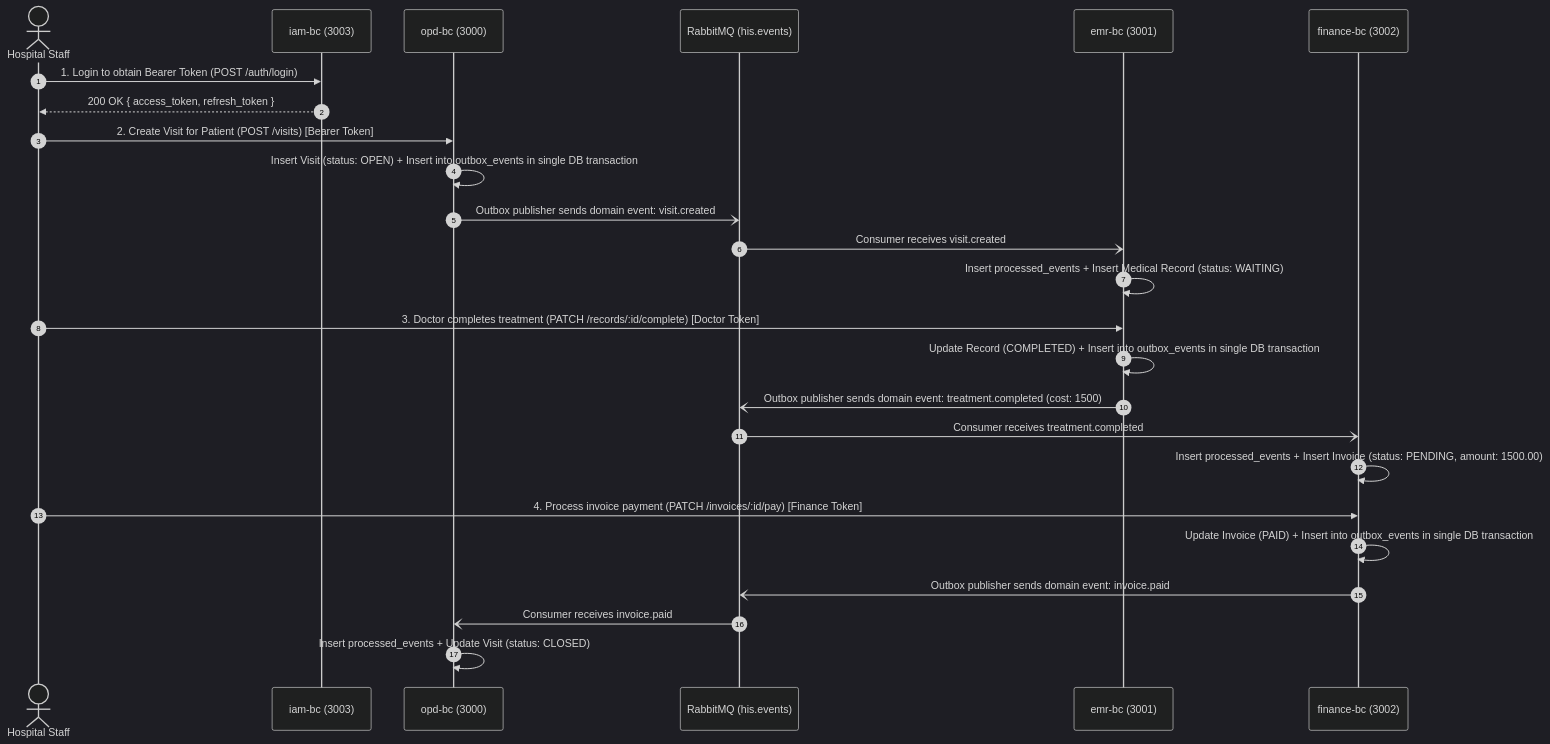
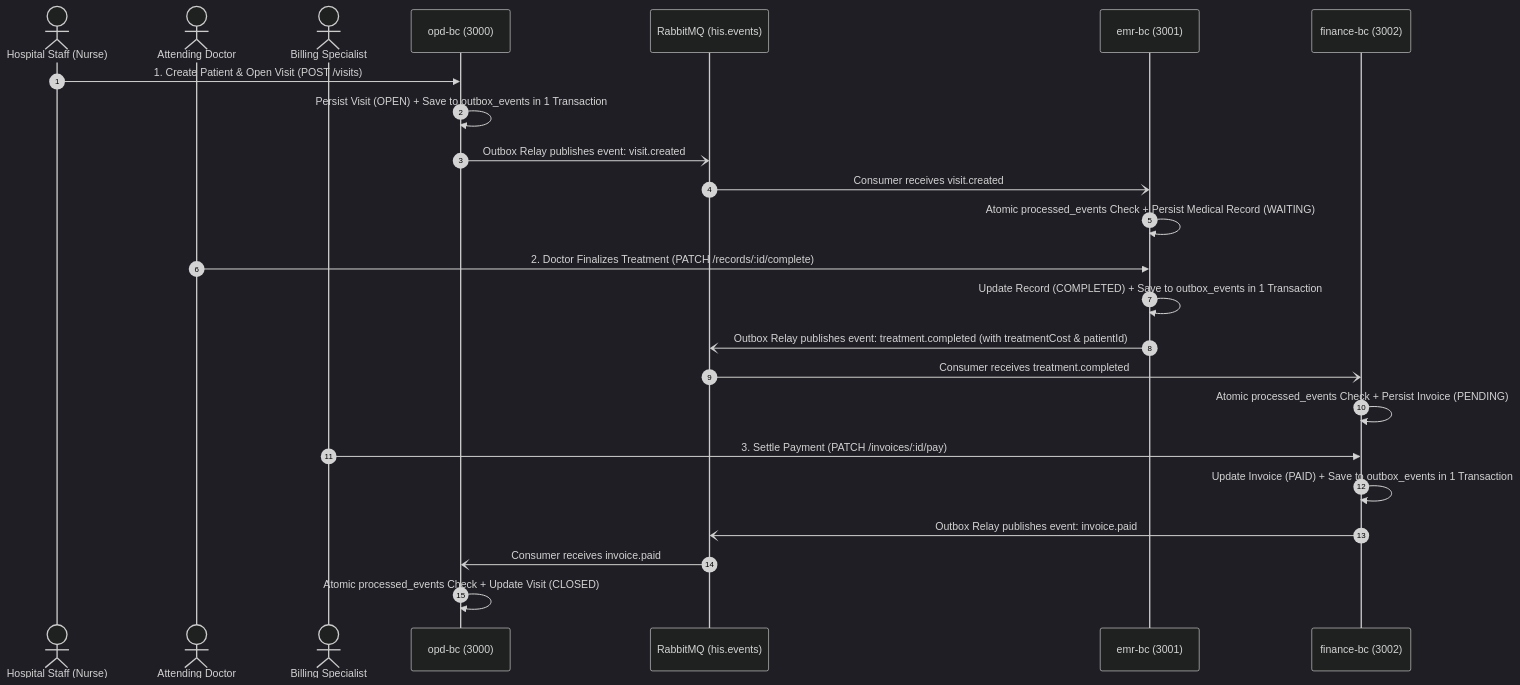
The first of 2 diagrams in README.md (faryporza/his-microservices-assignment), drawn with Mermaid (dark theme) before and after one commit. The commit also changed other lines of this file and 1 other file, not shown here.

Commit message:
docs: refresh README.md and postman collection with verified test gates and user role management

````diff
--- a/README.md
+++ b/README.md
@@ -42,31 +70,29 @@
 ```mermaid
 sequenceDiagram
     autonumber
-    actor Staff as Hospital Staff
-    participant IAM as iam-bc (3003)
+    actor Nurse as Hospital Staff (Nurse)
+    actor Doctor as Attending Doctor
+    actor FinanceStaff as Billing Specialist
     participant OPD as opd-bc (3000)
     participant RMQ as RabbitMQ (his.events)
     participant EMR as emr-bc (3001)
     participant FIN as finance-bc (3002)
 
-    Staff->>IAM: 1. Login to obtain Bearer Token (POST /auth/login)
-    IAM-->>Staff: 200 OK { access_token, refresh_token }
+    Nurse->>OPD: 1. Create Patient & Open Visit (POST /visits)
+    OPD->>OPD: Persist Visit (OPEN) + Save to outbox_events in 1 Transaction
+    OPD-)RMQ: Outbox Relay publishes event: visit.created
+    RMQ-)EMR: Consumer receives visit.created
+    EMR->>EMR: Atomic processed_events Check + Persist Medical Record (WAITING)
 
-    Staff->>OPD: 2. Create Visit for Patient (POST /visits) [Bearer Token]
-    OPD->>OPD: Insert Visit (status: OPEN) + Insert into outbox_events in single DB transaction
-    OPD-)RMQ: Outbox publisher sends domain event: visit.created
-    RMQ-)EMR: Consumer receives visit.created
-    EMR->>EMR: Insert processed_events + Insert Medical Record (status: WAITING)
+    Doctor->>EMR: 2. Doctor Finalizes Treatment (PATCH /records/:id/complete)
+    EMR->>EMR: Update Record (COMPLETED) + Save to outbox_events in 1 Transaction
+    EMR-)RMQ: Outbox Relay publishes event: treatment.completed (with treatmentCost & patientId)
+    RMQ-)FIN: Consumer receives treatment.completed
+    FIN->>FIN: Atomic processed_events Check + Persist Invoice (PENDING)
 
-    Staff->>EMR: 3. Doctor completes treatment (PATCH /records/:id/complete) [Doctor Token]
-    EMR->>EMR: Update Record (COMPLETED) + Insert into outbox_events in single DB transaction
-    EMR-)RMQ: Outbox publisher sends domain event: treatment.completed (cost: 1500)
-    RMQ-)FIN: Consumer receives treatment.completed
-    FIN->>FIN: Insert processed_events + Insert Invoice (status: PENDING, amount: 1500.00)
-
-    Staff->>FIN: 4. Process invoice payment (PATCH /invoices/:id/pay) [Finance Token]
-    FIN->>FIN: Update Invoice (PAID) + Insert into outbox_events in single DB transaction
-    FIN-)RMQ: Outbox publisher sends domain event: invoice.paid
+    FinanceStaff->>FIN: 3. Settle Payment (PATCH /invoices/:id/pay)
+    FIN->>FIN: Update Invoice (PAID) + Save to outbox_events in 1 Transaction
+    FIN-)RMQ: Outbox Relay publishes event: invoice.paid
     RMQ-)OPD: Consumer receives invoice.paid
-    OPD->>OPD: Insert processed_events + Update Visit (status: CLOSED)
+    OPD->>OPD: Atomic processed_events Check + Update Visit (CLOSED)
 ```
````
